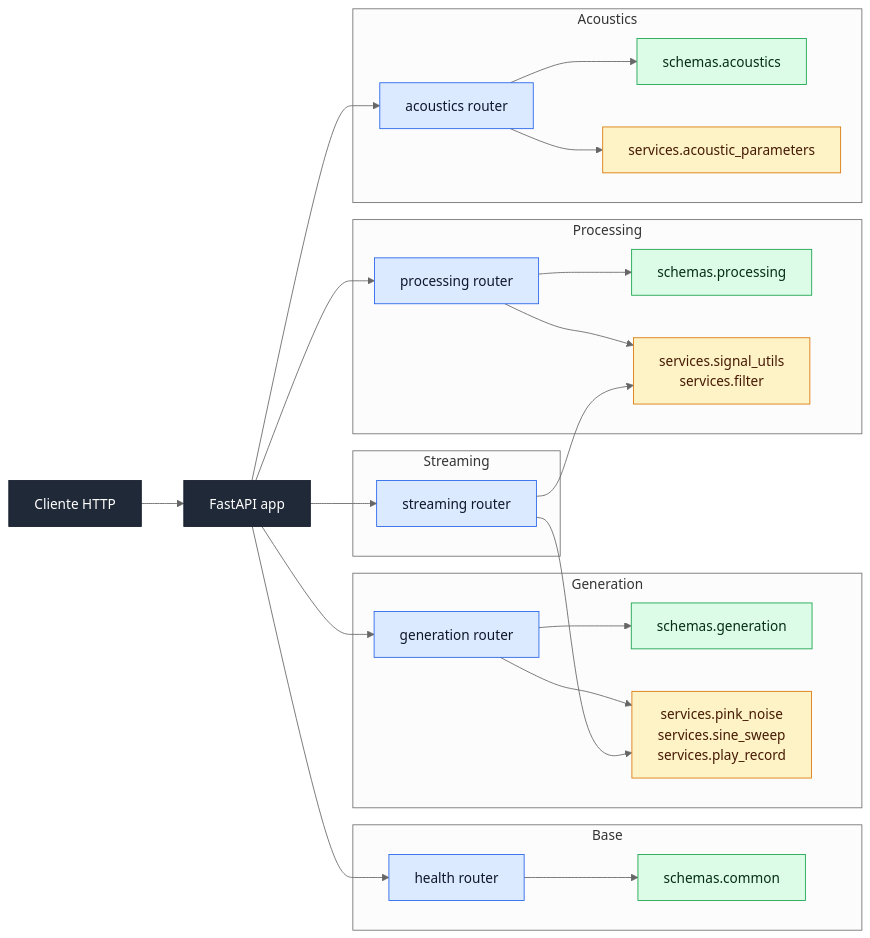
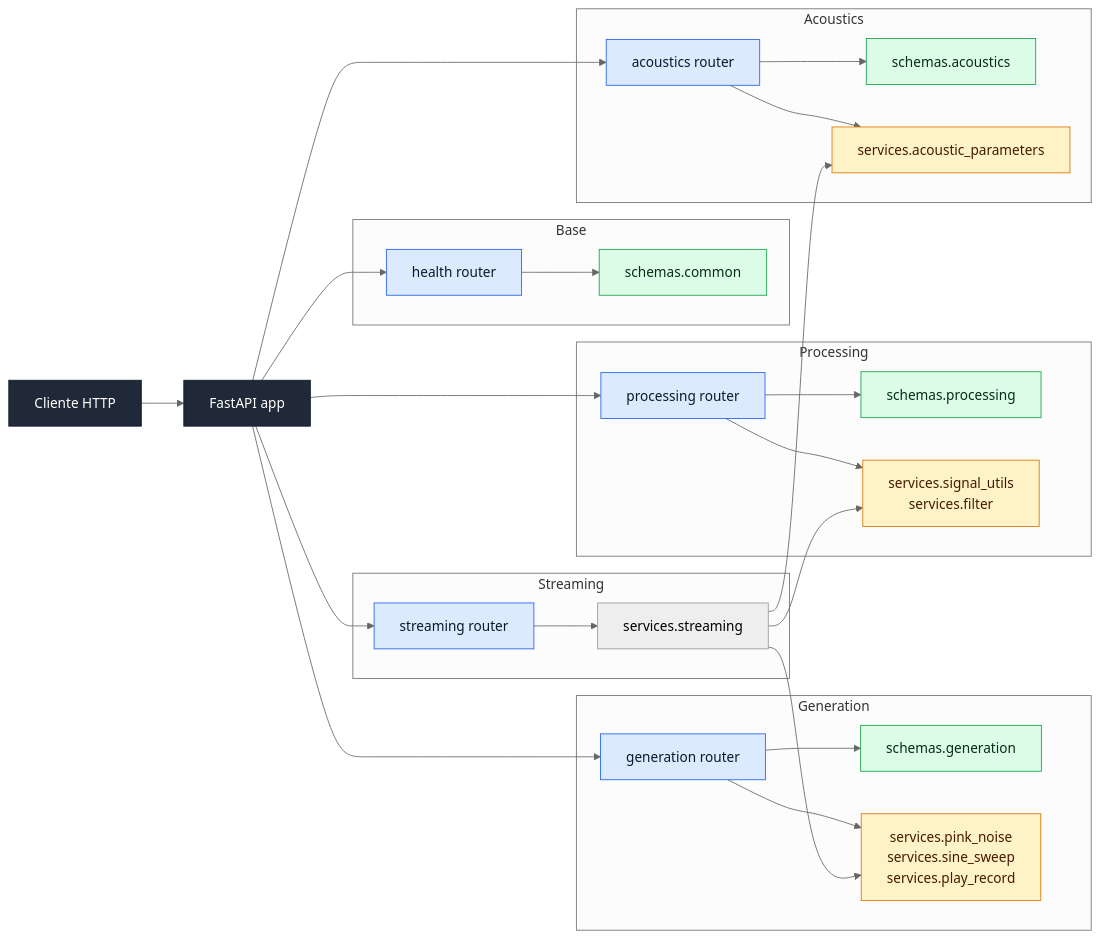
The diagram in README.md (nahueRosso/rir-api), drawn with Mermaid (neutral theme) before and after one commit. The commit also changed other lines of this file, not shown here.

Commit message:
docs(readme): remove Lautaro, mark M3 completed, add streaming to architecture

````diff
--- a/README.md
+++ b/README.md
@@ -128,59 +129,62 @@
 ```mermaid
 flowchart LR
     CLIENTE[Cliente HTTP]
     API[FastAPI app]
 
     CLIENTE --> API
 
     subgraph BASE[Base]
         RH[health router]
         SCHC[schemas.common]
         RH --> SCHC
     end
 
     subgraph GEN[Generation]
         RG[generation router]
         SCHG[schemas.generation]
         SG[services.pink_noise<br/>services.sine_sweep<br/>services.play_record]
         RG --> SCHG
         RG --> SG
     end
 
     subgraph PROC[Processing]
         RP[processing router]
         SCHP[schemas.processing]
         SP[services.signal_utils<br/>services.filter]
         RP --> SCHP
         RP --> SP
     end
 
     subgraph AC[Acoustics]
         RA[acoustics router]
         SCHA[schemas.acoustics]
         SA[services.acoustic_parameters]
         RA --> SCHA
         RA --> SA
     end
 
     subgraph STR[Streaming]
         RS[streaming router]
-        RS --> SG
-        RS --> SP
+        SS[services.streaming]
+        RS --> SS
+        SS --> SG
+        SS --> SP
+        SS --> SA
     end
 
     API --> RH
     API --> RG
     API --> RP
     API --> RA
     API --> RS
 
     classDef entry fill:#1f2937,stroke:#111827,color:#ffffff
     classDef router fill:#dbeafe,stroke:#2563eb,color:#0f172a
     classDef schema fill:#dcfce7,stroke:#16a34a,color:#052e16
     classDef service fill:#fef3c7,stroke:#d97706,color:#451a03
 
     class CLIENTE,API entry
     class RH,RG,RP,RA,RS router
     class SCHC,SCHG,SCHP,SCHA schema
     class SG,SP,SA service
 ```
````
